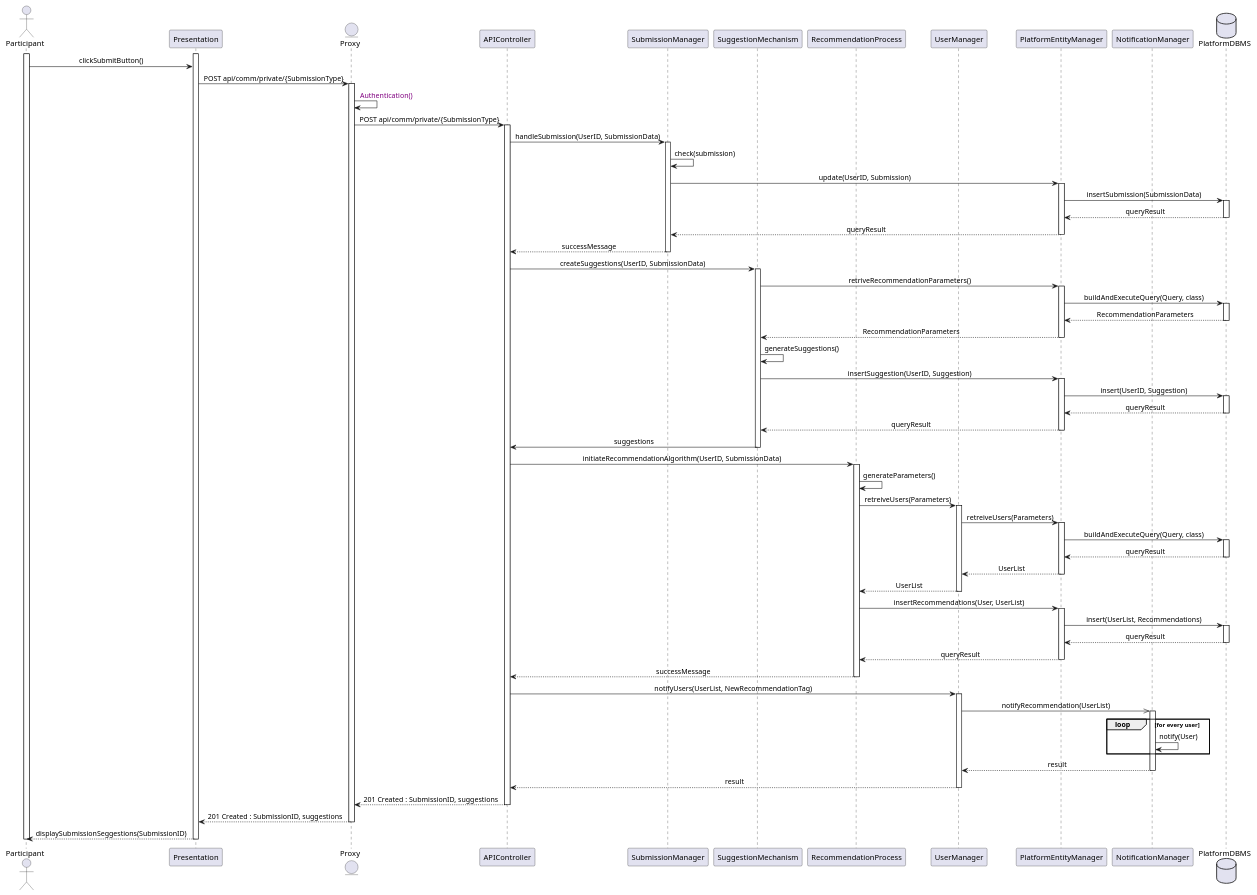
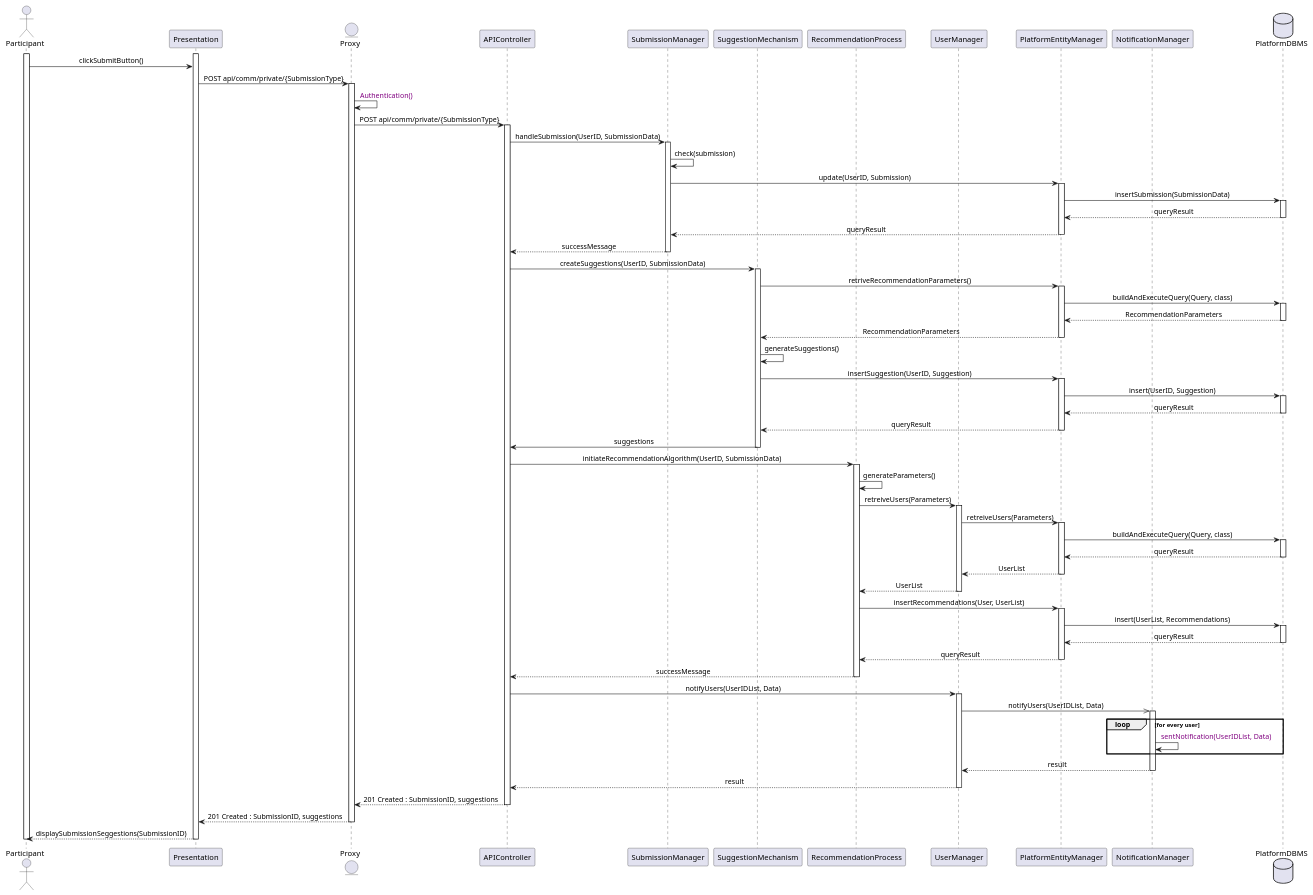
Before and after one commit to Slaitroc/RicciPaoliGrisoni: the diagram in Diagrams/SequenceDiagrams/DD/3ParticipantSubmission.wsd, drawn with PlantUML. The commit also changed 4 other files, not shown here.

Commit message:
Refactor DD SequenceDiagrams 3-6.1-6.2-7-8 with updated notifications convention

```diff
--- a/Diagrams/SequenceDiagrams/DD/3ParticipantSubmission.wsd
+++ b/Diagrams/SequenceDiagrams/DD/3ParticipantSubmission.wsd
@@ -1,72 +1,72 @@
 @startuml ParticipantSubmission
 skinparam sequenceMessageAlign center
 actor       Participant
 participant Presentation
 entity      Proxy
 participant APIController
 participant SubmissionManager
 participant SuggestionMechanism
 participant RecommendationProcess
 participant UserManager
 participant PlatformEntityManager
 participant NotificationManager
 database    PlatformDBMS
 
 activate Participant
 activate Presentation
 Participant -> Presentation : clickSubmitButton()
 Presentation -> Proxy ++ : POST api/comm/private/{SubmissionType}
 Proxy -> Proxy  : <color:purple> Authentication()
 Proxy -> APIController ++ : POST api/comm/private/{SubmissionType}
 APIController -> SubmissionManager : handleSubmission(UserID, SubmissionData)
 activate SubmissionManager
 SubmissionManager -> SubmissionManager : check(submission)
 SubmissionManager -> PlatformEntityManager : update(UserID, Submission)
 activate PlatformEntityManager
 PlatformEntityManager -> PlatformDBMS : insertSubmission(SubmissionData)
 activate PlatformDBMS
 PlatformDBMS --> PlatformEntityManager : queryResult
 deactivate PlatformDBMS
 PlatformEntityManager --> SubmissionManager : queryResult
 deactivate PlatformEntityManager
 SubmissionManager --> APIController : successMessage
 deactivate SubmissionManager
 APIController -> SuggestionMechanism ++ : createSuggestions(UserID, SubmissionData)
 SuggestionMechanism -> PlatformEntityManager ++ : retriveRecommendationParameters()
 PlatformEntityManager -> PlatformDBMS ++ : buildAndExecuteQuery(Query, class)
 PlatformDBMS --> PlatformEntityManager -- : RecommendationParameters
 PlatformEntityManager --> SuggestionMechanism -- : RecommendationParameters
 SuggestionMechanism -> SuggestionMechanism : generateSuggestions()
 SuggestionMechanism -> PlatformEntityManager ++ : insertSuggestion(UserID, Suggestion)
 PlatformEntityManager -> PlatformDBMS ++ : insert(UserID, Suggestion)
 PlatformDBMS --> PlatformEntityManager -- : queryResult
 PlatformEntityManager -->  SuggestionMechanism -- : queryResult
 SuggestionMechanism -> APIController -- : suggestions
 APIController -> RecommendationProcess ++ : initiateRecommendationAlgorithm(UserID, SubmissionData)
 RecommendationProcess -> RecommendationProcess : generateParameters()
 RecommendationProcess -> UserManager ++ : retreiveUsers(Parameters)
 UserManager -> PlatformEntityManager ++ : retreiveUsers(Parameters)
 PlatformEntityManager -> PlatformDBMS ++ : buildAndExecuteQuery(Query, class)
 PlatformDBMS --> PlatformEntityManager -- : queryResult
 PlatformEntityManager --> UserManager -- : UserList
 UserManager --> RecommendationProcess -- : UserList
 RecommendationProcess -> PlatformEntityManager ++ : insertRecommendations(User, UserList)
 PlatformEntityManager -> PlatformDBMS ++ : insert(UserList, Recommendations)
 PlatformDBMS --> PlatformEntityManager -- : queryResult
 PlatformEntityManager -->  RecommendationProcess -- : queryResult
 RecommendationProcess --> APIController -- : successMessage
-APIController -> UserManager ++ : notifyUsers(UserList, NewRecommendationTag)
-UserManager ->> NotificationManager ++ : notifyRecommendation(UserList)
+APIController -> UserManager ++ : notifyUsers(UserIDList, Data)
+UserManager ->> NotificationManager ++ : notifyUsers(UserIDList, Data)
 loop for every user
-    NotificationManager -> NotificationManager : notify(User)
+    NotificationManager -> NotificationManager : <color:purple> sentNotification(UserIDList, Data)
 end
 NotificationManager --> UserManager -- : result
 UserManager --> APIController -- : result
 APIController --> Proxy : 201 Created : SubmissionID, suggestions
 deactivate APIController
 Proxy --> Presentation : 201 Created : SubmissionID, suggestions
 deactivate Proxy
 Presentation --> Participant : displaySubmissionSeggestions(SubmissionID)
 deactivate Presentation
 deactivate Participant
 @enduml
```
